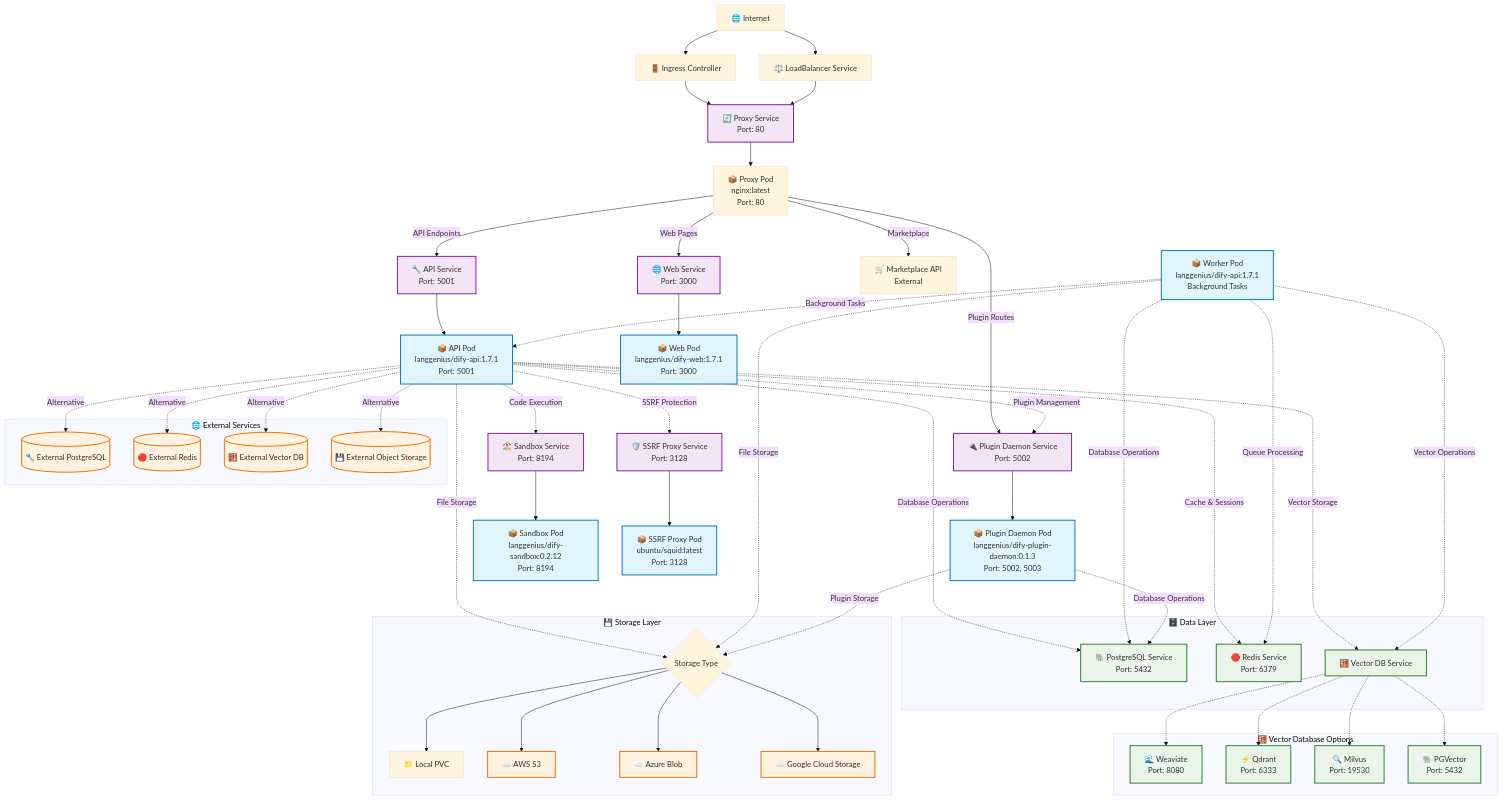
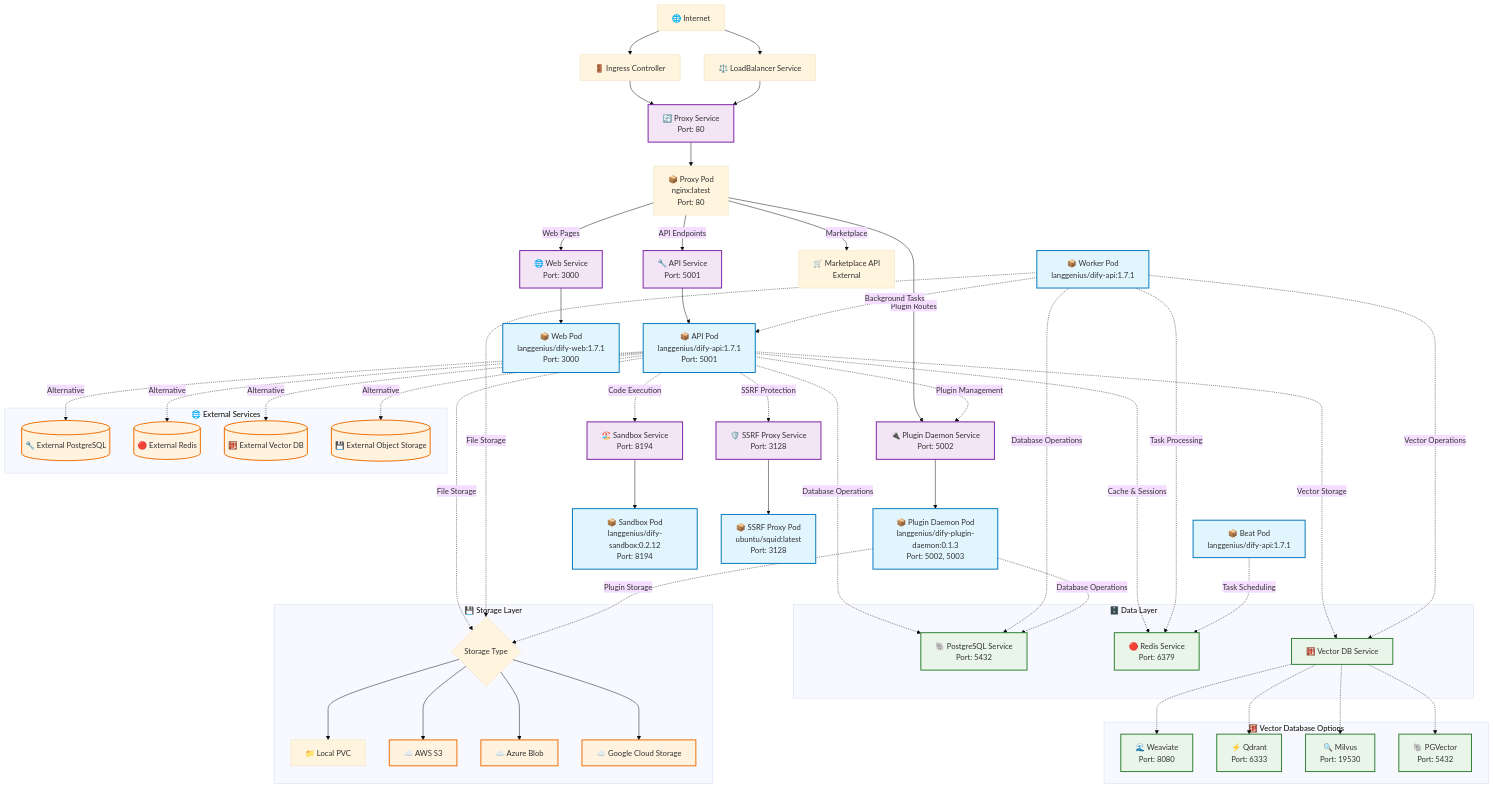
The diagram in README.md (BorisPolonsky/dify-helm), drawn with Mermaid (base theme) before and after one commit. The commit also changed other lines of this file, not shown here.

Commit message:
Update README.md: Celery Beat documentation and graph TB revision (#236)

```diff
--- a/README.md
+++ b/README.md
@@ -43,7 +43,10 @@
     PluginService --> PluginPod[📦 Plugin Daemon Pod<br/>langgenius/dify-plugin-daemon:0.1.3<br/>Port: 5002, 5003]
 
     %% Worker Pod (Background Processing)
-    WorkerPod[📦 Worker Pod<br/>langgenius/dify-api:1.7.1<br/>Background Tasks]
+    WorkerPod[📦 Worker Pod<br/>langgenius/dify-api:1.7.1]
+
+    %% Beat Pod (Periodic task scheduler)
+    BeatPod[📦 Beat Pod<br/>langgenius/dify-api:1.7.1]
 
     %% Sandbox Service
     SandboxService[🏖️ Sandbox Service<br/>Port: 8194] --> SandboxPod[📦 Sandbox Pod<br/>langgenius/dify-sandbox:0.2.12<br/>Port: 8194]
@@ -70,7 +73,8 @@
     PluginPod -.->|Database Operations| PostgresService
 
     APIPod -.->|Cache & Sessions| RedisService
-    WorkerPod -.->|Queue Processing| RedisService
+    WorkerPod -.->|Task Processing| RedisService
+    BeatPod -.->|Task Scheduling| RedisService
 
     APIPod -.->|Vector Storage| VectorDBService
     WorkerPod -.->|Vector Operations| VectorDBService
@@ -127,7 +131,7 @@
     classDef storageClass fill:#e8f5e8,stroke:#2e7d32,stroke-width:2px
     classDef externalClass fill:#fff3e0,stroke:#ef6c00,stroke-width:2px
 
-    class APIPod,WebPod,WorkerPod,SandboxPod,SSRFPod,PluginPod podClass
+    class APIPod,WebPod,WorkerPod,BeatPod,SandboxPod,SSRFPod,PluginPod podClass
     class APIService,WebService,SandboxService,SSRFService,PluginService,ProxyService serviceClass
     class PostgresService,RedisService,VectorDBService,WeaviateDB,QdrantDB,MilvusDB,PGVectorDB storageClass
     class ExternalDB,ExternalRedis,ExternalVector,ExternalStorage,S3Storage,AzureStorage,GCSStorage externalClass
```
